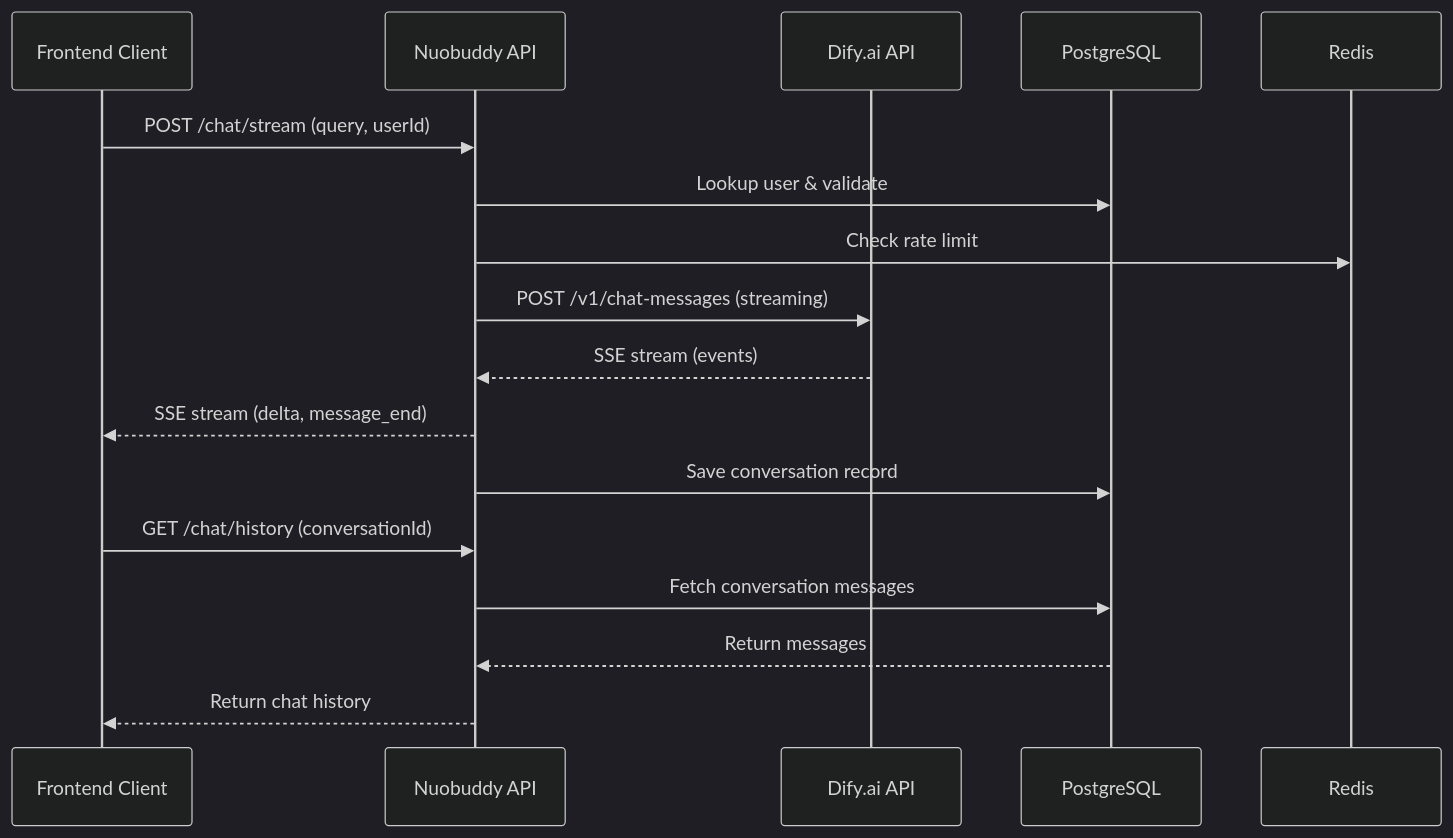
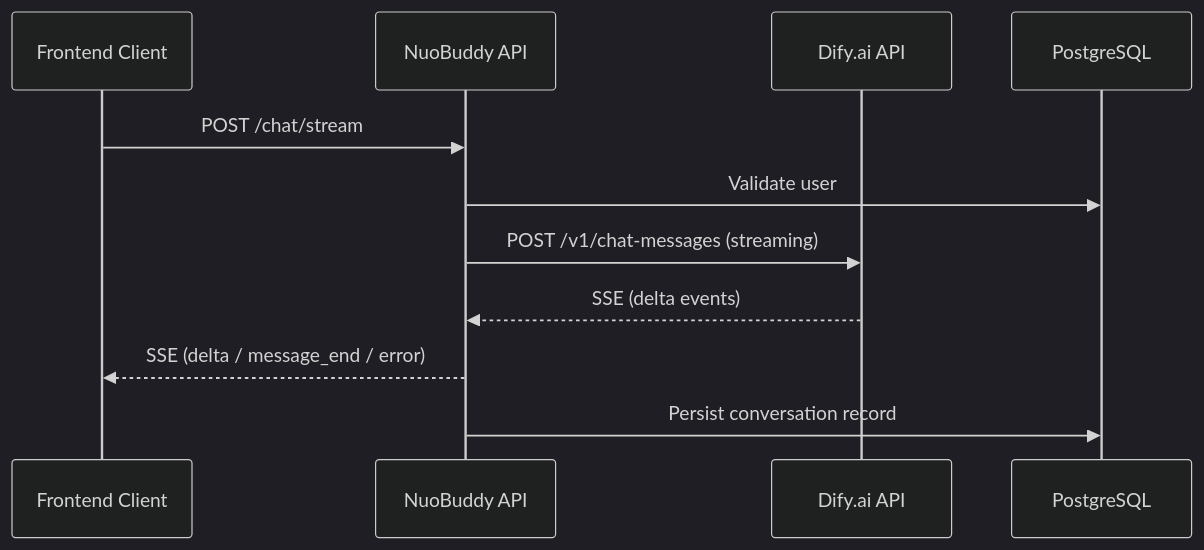
One commit to nuobuddy/backend changed the second of 2 diagrams in README.md. Above: the diagram before and after it, drawn with Mermaid (dark theme). The commit also changed other lines of this file, not shown here.

````diff
--- a/README.md
+++ b/README.md
@@ -42,20 +55,14 @@
 ```mermaid
 sequenceDiagram
     participant Client as Frontend Client
-    participant API as Nuobuddy API
+    participant API as NuoBuddy API
     participant Dify as Dify.ai API
     participant DB as PostgreSQL
-    participant Cache as Redis
 
-    Client->>API: POST /chat/stream (query, userId)
-    API->>DB: Lookup user & validate
-    API->>Cache: Check rate limit
+    Client->>API: POST /chat/stream
+    API->>DB: Validate user
     API->>Dify: POST /v1/chat-messages (streaming)
-    Dify-->>API: SSE stream (events)
-    API-->>Client: SSE stream (delta, message_end)
-    API->>DB: Save conversation record
-    Client->>API: GET /chat/history (conversationId)
-    API->>DB: Fetch conversation messages
-    DB-->>API: Return messages
-    API-->>Client: Return chat history
+    Dify-->>API: SSE (delta events)
+    API-->>Client: SSE (delta / message_end / error)
+    API->>DB: Persist conversation record
 ```
````
